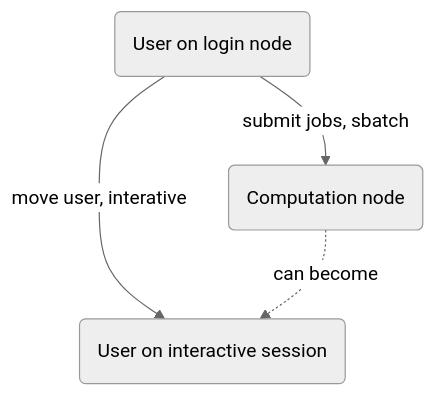
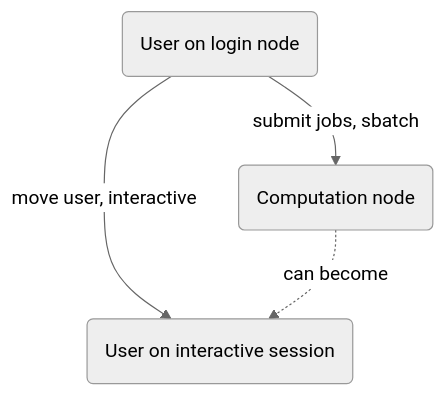
Before and after one commit to UPPMAX/UPPMAX-documentation: the second of 3 diagrams in docs/cluster_guides/uppmax_cluster.md, drawn with Mermaid (neutral theme).

Commit message:
uppmax_cluster.md spelling

````diff
--- a/docs/cluster_guides/uppmax_cluster.md
+++ b/docs/cluster_guides/uppmax_cluster.md
@@ -107,11 +107,11 @@
 ```mermaid
 flowchart TD
 
   login_node(User on login node)
   interactive_session(User on interactive session)
   computation_node(Computation node)
 
-  login_node --> |move user, interative|interactive_session
+  login_node --> |move user, interactive|interactive_session
   login_node --> |submit jobs, sbatch|computation_node
   computation_node -.-> |can become| interactive_session
 ```
````
